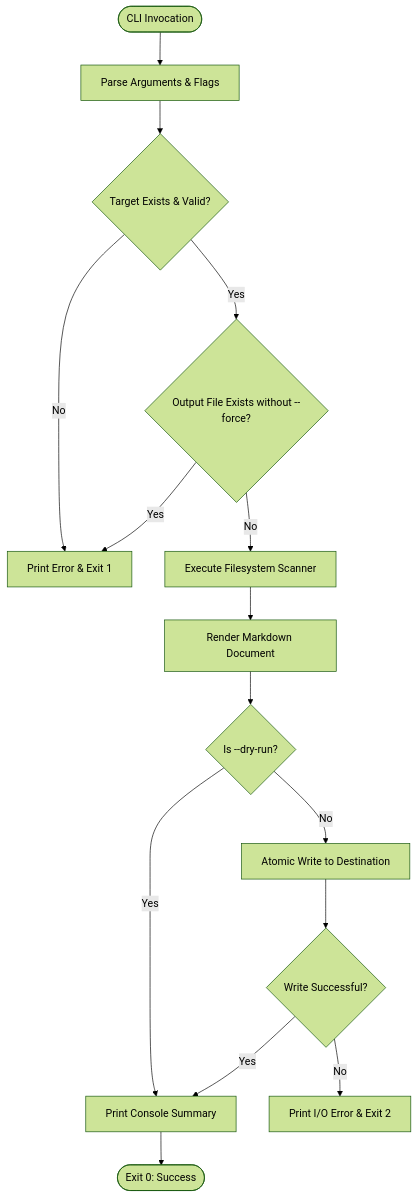
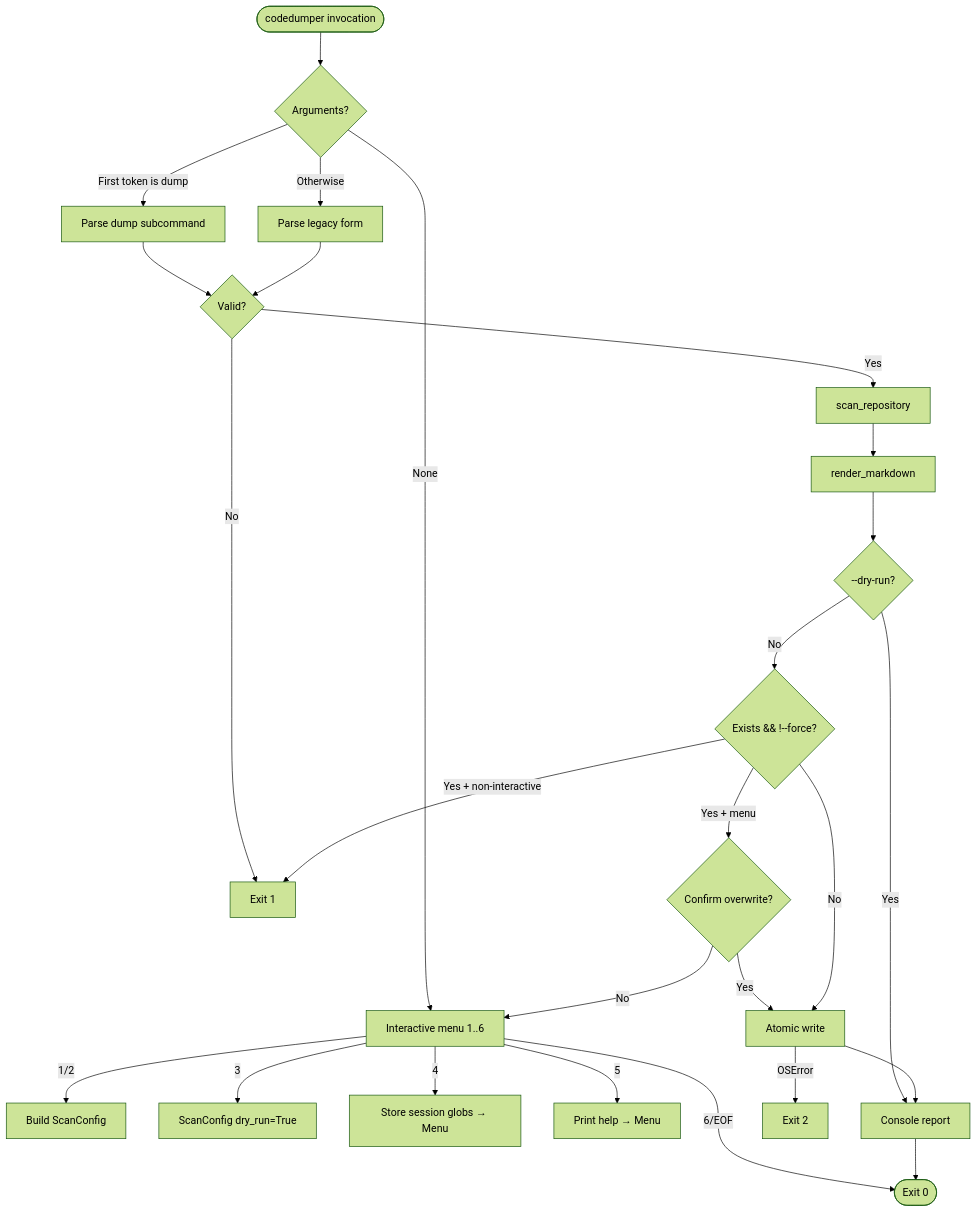
The first of 2 diagrams in docs/DRD.md (farhadakhtar/code_dumper), drawn with Mermaid (forest theme) before and after one commit. The commit also changed other lines of this file and 1 other file, not shown here.

````diff
--- a/docs/DRD.md
+++ b/docs/DRD.md
@@ -148,17 +189,27 @@
 ```mermaid
 flowchart TD
-    Start([CLI Invocation]) --> Parse[Parse Arguments & Flags]
-    Parse --> Validate{Target Exists & Valid?}
-    Validate -->|No| Exit1[Print Error & Exit 1]
-    Validate -->|Yes| OutputCheck{Output File Exists without --force?}
-    OutputCheck -->|Yes| Exit1
-    OutputCheck -->|No| Scan[Execute Filesystem Scanner]
-    Scan --> Render[Render Markdown Document]
-    Render --> DryRun{Is --dry-run?}
-    DryRun -->|Yes| PrintSummary[Print Console Summary]
-    DryRun -->|No| Write[Atomic Write to Destination]
-    Write --> WriteCheck{Write Successful?}
-    WriteCheck -->|No| Exit2[Print I/O Error & Exit 2]
-    WriteCheck -->|Yes| PrintSummary
-    PrintSummary --> Exit0([Exit 0: Success])
+    Invoke([codedumper invocation]) --> HasArgs{Arguments?}
+    HasArgs -->|None| Menu[Interactive menu 1..6]
+    HasArgs -->|First token is dump| Sub[Parse dump subcommand]
+    HasArgs -->|Otherwise| Leg[Parse legacy form]
+    Menu -->|1/2| Cfg[Build ScanConfig]
+    Menu -->|3| Dry[ScanConfig dry_run=True]
+    Menu -->|4| Sess[Store session globs → Menu]
+    Menu -->|5| Help[Print help → Menu]
+    Menu -->|6/EOF| Exit0([Exit 0])
+    Sub --> Val{Valid?}
+    Leg --> Val
+    Val -->|No| Exit1[Exit 1]
+    Val -->|Yes| Scan[scan_repository]
+    Scan --> Render[render_markdown]
+    Render --> IsDry{--dry-run?}
+    IsDry -->|Yes| Report[Console report]
+    IsDry -->|No| Guard{Exists && !--force?}
+    Guard -->|Yes + non-interactive| Exit1
+    Guard -->|Yes + menu| Confirm{Confirm overwrite?}
+    Confirm -->|No| Menu
+    Confirm -->|Yes| Write[Atomic write]
+    Guard -->|No| Write
+    Write -->|OSError| Exit2[Exit 2]
+    Write --> Report --> Exit0
 ```
````
